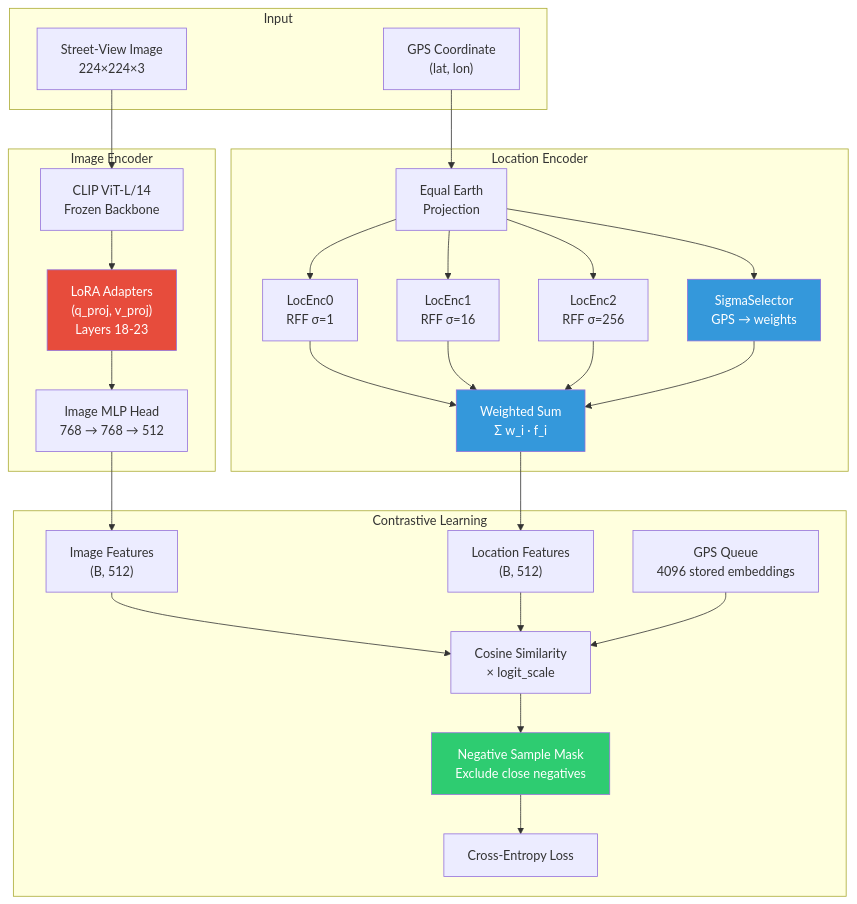
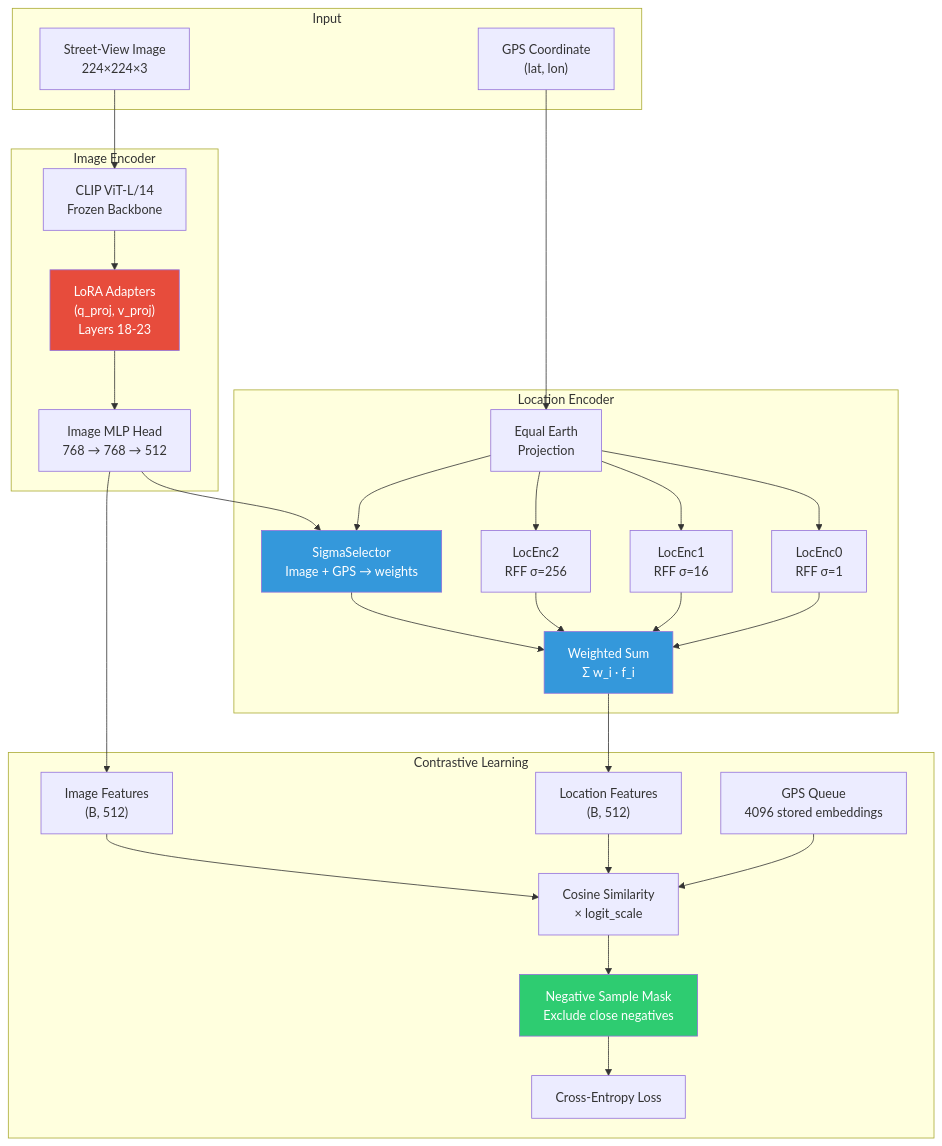
Before and after one commit to Vitalrubbish/GeoTX: the first of 3 diagrams in README.md, drawn with Mermaid. The commit also changed other lines of this file and 16 other files, not shown here.

Commit message:
feat: Add image feature into SigmaSelector training

````diff
--- a/README.md
+++ b/README.md
@@ -23,57 +23,58 @@
 ```mermaid
 graph TB
     subgraph Input
         IMG["Street-View Image<br/>224×224×3"]
         GPS["GPS Coordinate<br/>(lat, lon)"]
     end
 
     subgraph ImageEncoder ["Image Encoder"]
         VIT["CLIP ViT-L/14<br/>Frozen Backbone"]
         LORA["LoRA Adapters<br/>(q_proj, v_proj)<br/>Layers 18-23"]
         MLP["Image MLP Head<br/>768 → 768 → 512"]
         VIT --> LORA
         LORA --> MLP
         IMG --> VIT
     end
 
     subgraph LocationEncoder ["Location Encoder"]
         EE["Equal Earth<br/>Projection"]
         RFF0["LocEnc0<br/>RFF σ=1"]
         RFF1["LocEnc1<br/>RFF σ=16"]
         RFF2["LocEnc2<br/>RFF σ=256"]
-        SS["SigmaSelector<br/>GPS → weights"]
+        SS["SigmaSelector<br/>Image + GPS → weights"]
         FUSION["Weighted Sum<br/>Σ w_i · f_i"]
 
         GPS --> EE
         EE --> RFF0
         EE --> RFF1
         EE --> RFF2
         EE --> SS
+        MLP --> SS
         RFF0 --> FUSION
         RFF1 --> FUSION
         RFF2 --> FUSION
         SS --> FUSION
     end
 
     subgraph Contrastive ["Contrastive Learning"]
         I_FEAT["Image Features<br/>(B, 512)"]
         L_FEAT["Location Features<br/>(B, 512)"]
         SIM["Cosine Similarity<br/>× logit_scale"]
         QUEUE["GPS Queue<br/>4096 stored embeddings"]
         MASK["Negative Sample Mask<br/>Exclude close negatives"]
         LOSS["Cross-Entropy Loss"]
 
         MLP --> I_FEAT
         FUSION --> L_FEAT
         I_FEAT --> SIM
         L_FEAT --> SIM
         QUEUE --> SIM
         SIM --> MASK
         MASK --> LOSS
     end
 
     style LORA fill:#e74c3c,color:#fff
     style SS fill:#3498db,color:#fff
     style MASK fill:#2ecc71,color:#fff
     style FUSION fill:#3498db,color:#fff
 ```
````
